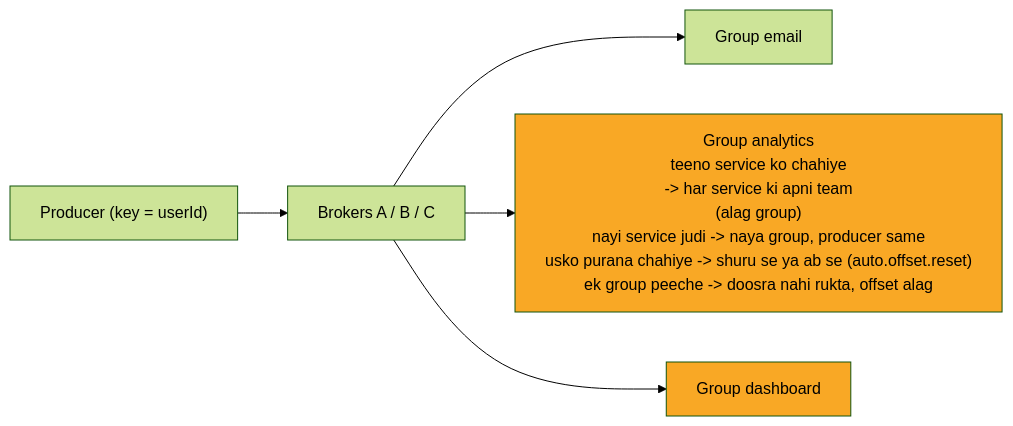
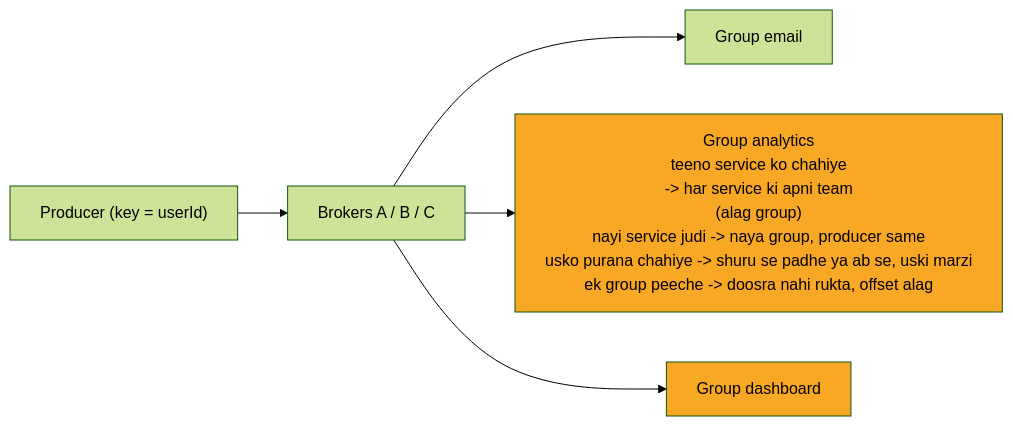
The sixth of 12 diagrams in 04_HLD/SYSTEM_DESIGNS/12_message_queue_kafka/12_message_queue_kafka.md (ArpanMaheshwari144/Prep), drawn with Mermaid (forest theme) before and after one commit. The commit also changed other lines of this file and 13 other files, not shown here.

````diff
--- a/04_HLD/SYSTEM_DESIGNS/12_message_queue_kafka/12_message_queue_kafka.md
+++ b/04_HLD/SYSTEM_DESIGNS/12_message_queue_kafka/12_message_queue_kafka.md
@@ -208,15 +208,15 @@
 ```mermaid
 %%{init: {"flowchart": {"wrappingWidth": 450}}}%%
 flowchart LR
     n_P["Producer (key = userId)"]
     n_B["Brokers A / B / C"]
     n_GE["Group email"]
-    n_GA["Group analytics<br/>teeno service ko chahiye<br/>-> har service ki apni team<br/>(alag group)<br/>nayi service judi -> naya group, producer same<br/>usko purana chahiye -> shuru se ya ab se (auto.offset.reset)<br/>ek group peeche -> doosra nahi rukta, offset alag"]
+    n_GA["Group analytics<br/>teeno service ko chahiye<br/>-> har service ki apni team<br/>(alag group)<br/>nayi service judi -> naya group, producer same<br/>usko purana chahiye -> shuru se padhe ya ab se, uski marzi<br/>ek group peeche -> doosra nahi rukta, offset alag"]
     n_GD["Group dashboard"]
     n_P --> n_B
     n_B --> n_GE
     n_B --> n_GA
     n_B --> n_GD
     style n_GA fill:#f9a825,color:#000
     style n_GD fill:#f9a825,color:#000
 ```
````
